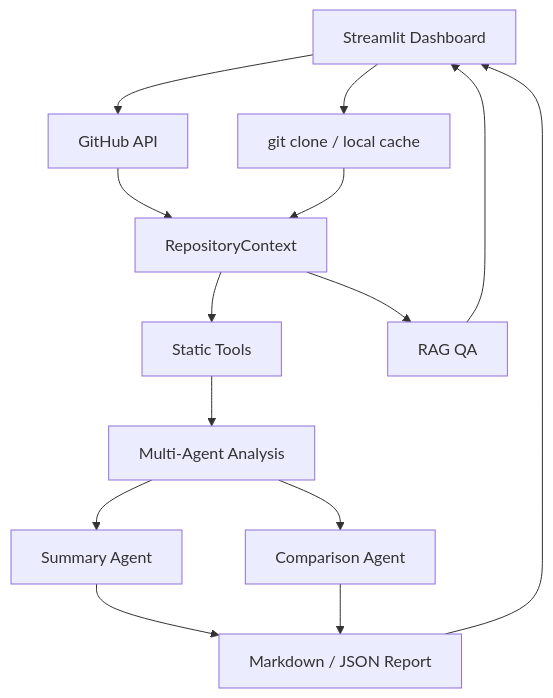
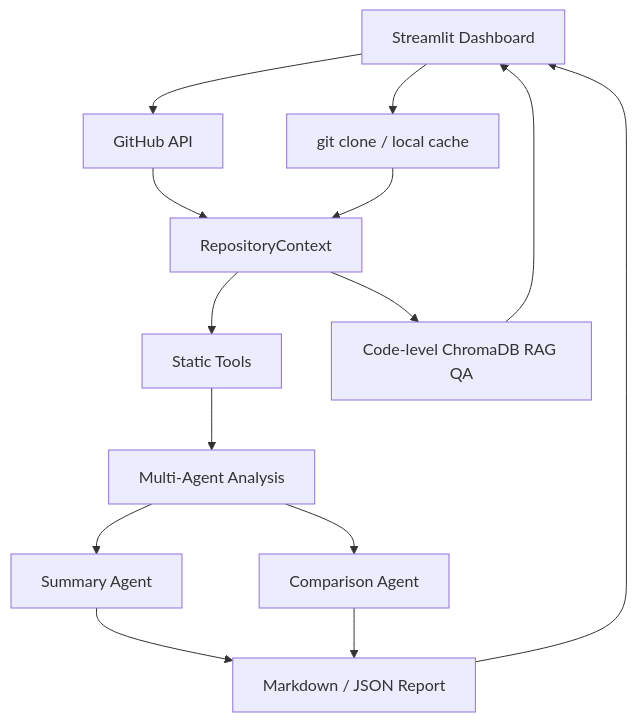
Before and after one commit to ryannacho68-ui/github-repo-analyzer: the diagram in README.md, drawn with Mermaid. The commit also changed other lines of this file and 3 other files, not shown here.

Commit message:
Enhance code-level RAG QA

````diff
--- a/README.md
+++ b/README.md
@@ -22,16 +22,16 @@
 ```mermaid
 flowchart TB
     UI["Streamlit Dashboard"] --> API["GitHub API"]
     UI --> Clone["git clone / local cache"]
     API --> Context["RepositoryContext"]
     Clone --> Context
     Context --> Tools["Static Tools"]
     Tools --> Agents["Multi-Agent Analysis"]
     Agents --> Summary["Summary Agent"]
     Agents --> Compare["Comparison Agent"]
     Summary --> Report["Markdown / JSON Report"]
     Compare --> Report
-    Context --> RAG["RAG QA"]
+    Context --> RAG["Code-level ChromaDB RAG QA"]
     Report --> UI
     RAG --> UI
 ```
````
